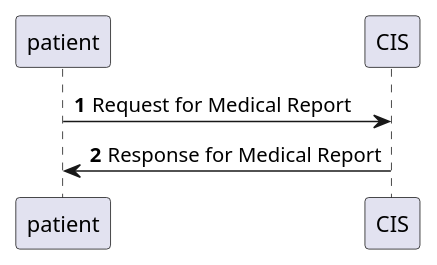
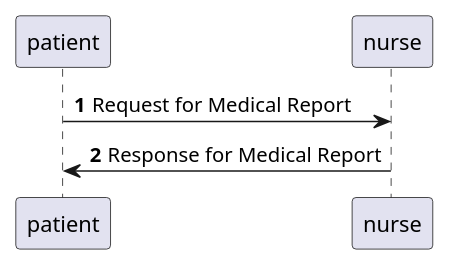
One commit to twotwo/microservice-physical-exam changed the fourth of 4 diagrams in README.md. Above: the diagram before and after it, drawn with PlantUML. The commit also changed other lines of this file and 18 other files, not shown here.

Commit message:
Use Cases and Sequence Diagrams

````diff
--- a/README.md
+++ b/README.md
@@ -71,7 +74,7 @@
 ```plantuml
 @startuml
 autonumber
-patient -> CIS : Request for Medical Report
-patient <- CIS : Response for Medical Report
+patient -> nurse : Request for Medical Report
+patient <- nurse : Response for Medical Report
 @enduml
 ```
````
